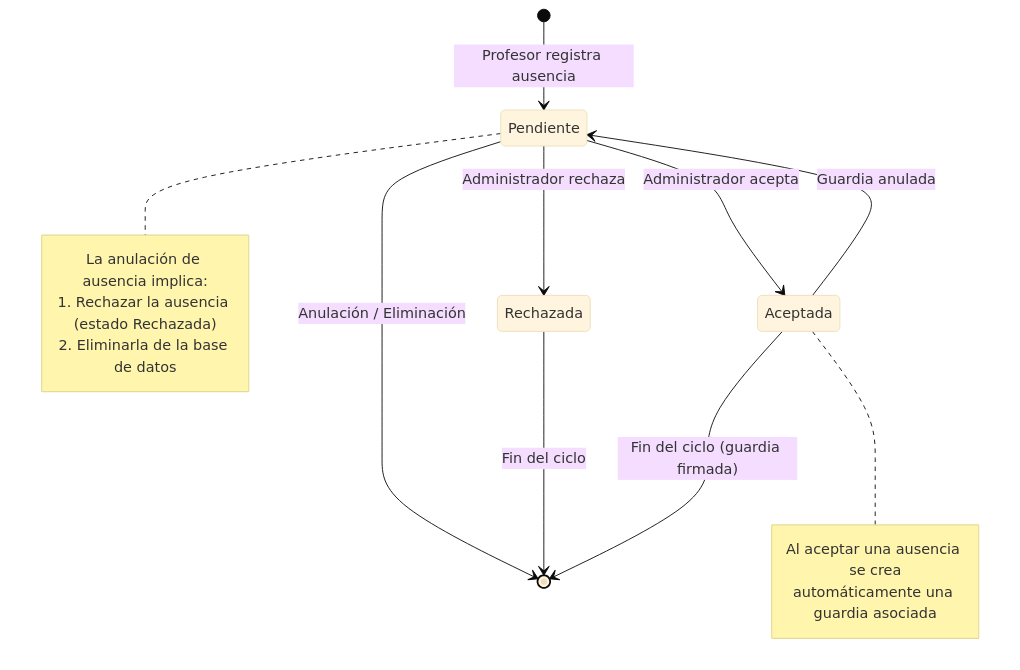
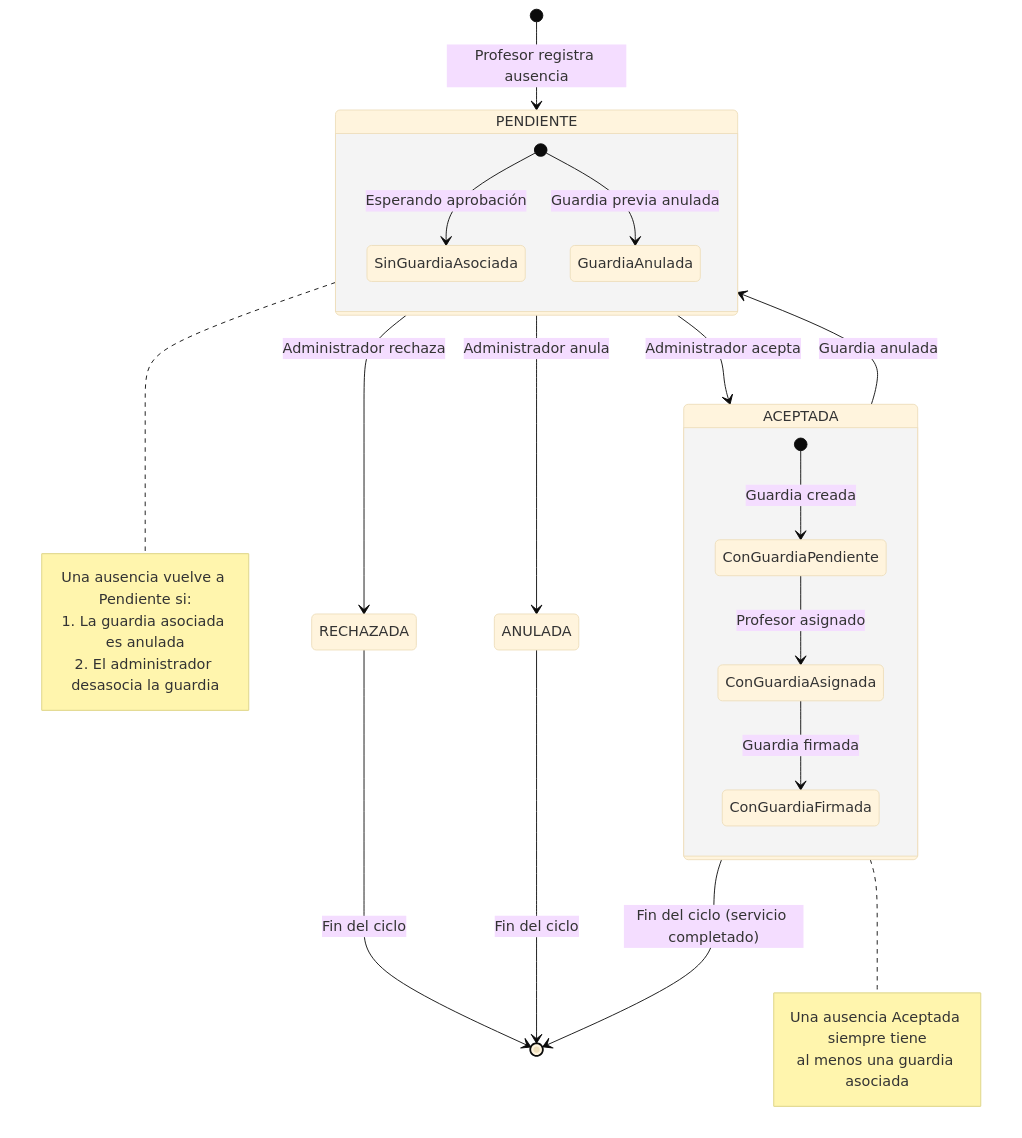
Diagram 19 of 20 in doc/DIAGRAMAS-FLUJO.md (RGiskard7/gestion-guardias), drawn with Mermaid (base theme) before and after one commit. The commit also changed other lines of this file and 5 other files, not shown here.

First line of the commit message:
docs: actualizar documentación técnica y diagramas

````diff
--- a/doc/DIAGRAMAS-FLUJO.md
+++ b/doc/DIAGRAMAS-FLUJO.md
@@ -501,21 +388,33 @@
 ```mermaid
 stateDiagram-v2
-    [*] --> Pendiente: Profesor registra ausencia
-    Pendiente --> Aceptada: Administrador acepta
-    Pendiente --> Rechazada: Administrador rechaza
-    Aceptada --> Pendiente: Guardia anulada
-    Pendiente --> [*]: Anulación / Eliminación
-    Rechazada --> [*]: Fin del ciclo
-    Aceptada --> [*]: Fin del ciclo (guardia firmada)
+    [*] --> PENDIENTE: Profesor registra ausencia
+    PENDIENTE --> ACEPTADA: Administrador acepta
+    PENDIENTE --> RECHAZADA: Administrador rechaza
+    ACEPTADA --> PENDIENTE: Guardia anulada
+    PENDIENTE --> ANULADA: Administrador anula
+    RECHAZADA --> [*]: Fin del ciclo
+    ANULADA --> [*]: Fin del ciclo
+    ACEPTADA --> [*]: Fin del ciclo (servicio completado)
     
-    note right of Pendiente
-      La anulación de ausencia implica:
-      1. Rechazar la ausencia (estado Rechazada)
-      2. Eliminarla de la base de datos
+    state PENDIENTE {
+        [*] --> SinGuardiaAsociada: Esperando aprobación
+        [*] --> GuardiaAnulada: Guardia previa anulada
+    }
+    
+    state ACEPTADA {
+        [*] --> ConGuardiaPendiente: Guardia creada
+        ConGuardiaPendiente --> ConGuardiaAsignada: Profesor asignado
+        ConGuardiaAsignada --> ConGuardiaFirmada: Guardia firmada
+    }
+    
+    note right of PENDIENTE
+      Una ausencia vuelve a Pendiente si:
+      1. La guardia asociada es anulada
+      2. El administrador desasocia la guardia
     end note
     
-    note right of Aceptada
-      Al aceptar una ausencia se crea
-      automáticamente una guardia asociada
+    note right of ACEPTADA
+      Una ausencia Aceptada siempre tiene
+      al menos una guardia asociada
     end note
 ```
````
